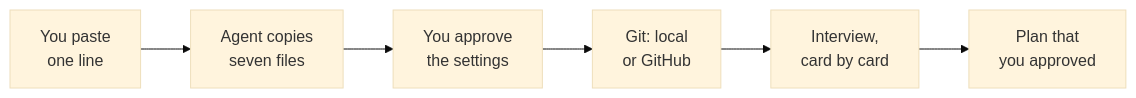
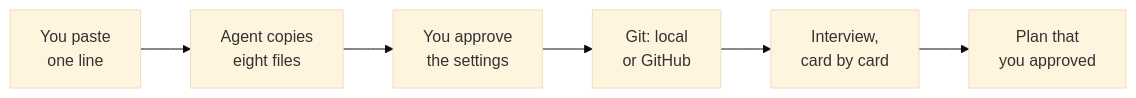
One commit to MyNameIsGlooboo/chief-prompt changed the first of 5 diagrams in README.md. Above: the diagram before and after it, drawn with Mermaid (base theme). The commit also changed other lines of this file and 24 other files, not shown here.

````diff
--- a/README.md
+++ b/README.md
@@ -24,8 +24,8 @@
 ```mermaid
 flowchart LR
-    A["You paste<br/>one line"] --> B["Agent copies<br/>seven files"]
+    A["You paste<br/>one line"] --> B["Agent copies<br/>eight files"]
     B --> C["You approve<br/>the settings"]
     C --> D["Git: local<br/>or GitHub"]
     D --> E["Interview,<br/>card by card"]
     E --> F["Plan that<br/>you approved"]
 ```
````
